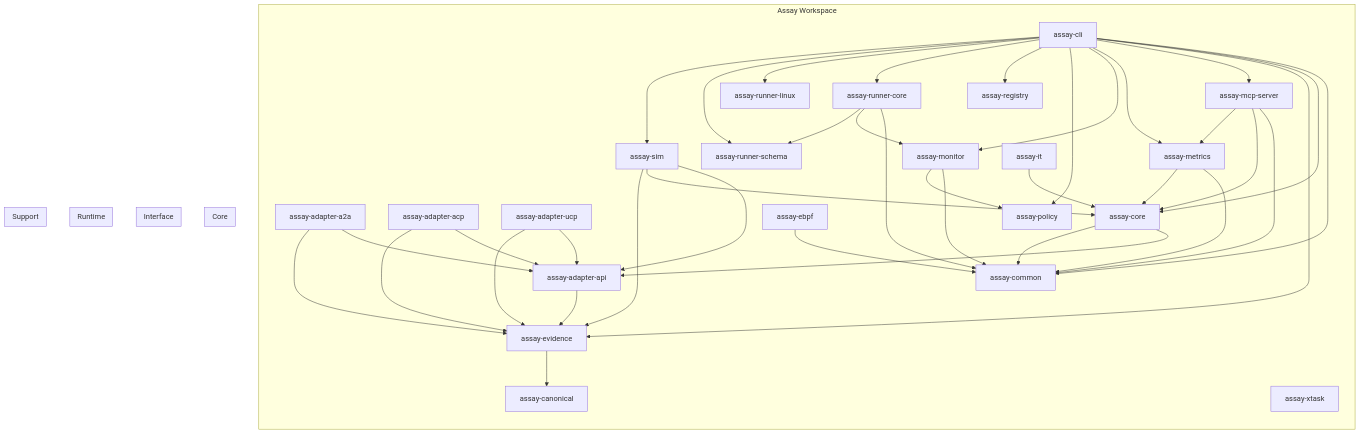
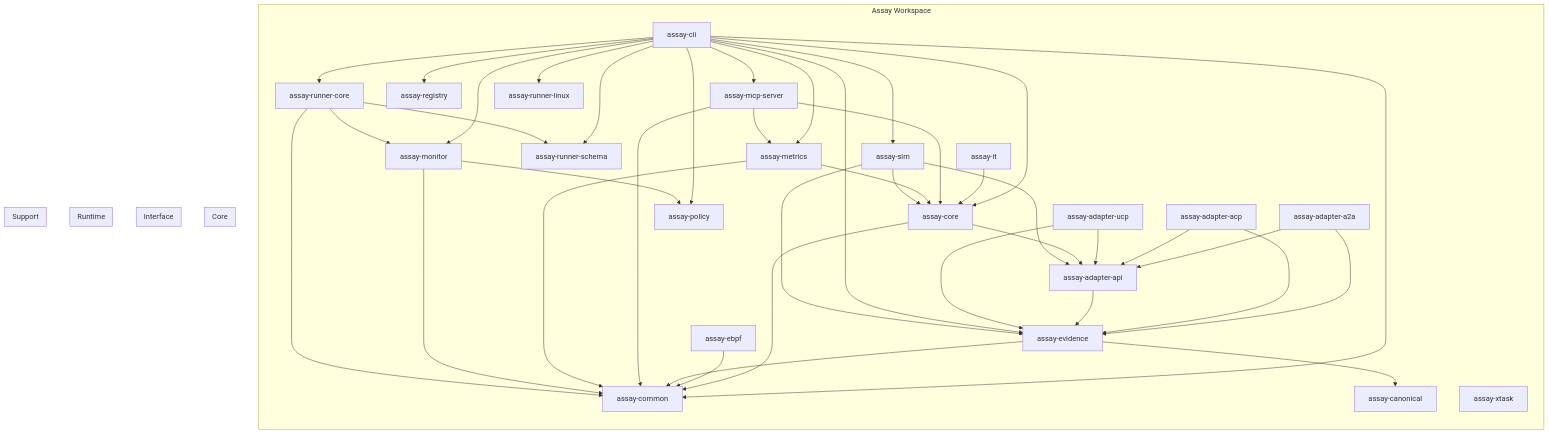
One commit to Rul1an/assay changed the diagram in docs/generated/crate-deps.mermaid. Above: the diagram before and after it, drawn with Mermaid. The commit also changed 1 other file, not shown here.

Commit message:
docs: auto-update diagrams and crate info

```diff
--- a/docs/generated/crate-deps.mermaid
+++ b/docs/generated/crate-deps.mermaid
@@ -1,88 +1,89 @@
 flowchart TB
     subgraph workspace["Assay Workspace"]
         direction TB
         assay_adapter_a2a["assay-adapter-a2a"]
         assay_adapter_acp["assay-adapter-acp"]
         assay_adapter_api["assay-adapter-api"]
         assay_adapter_ucp["assay-adapter-ucp"]
         assay_canonical["assay-canonical"]
         assay_cli["assay-cli"]
         assay_common["assay-common"]
         assay_core["assay-core"]
         assay_ebpf["assay-ebpf"]
         assay_evidence["assay-evidence"]
         assay_it["assay-it"]
         assay_mcp_server["assay-mcp-server"]
         assay_metrics["assay-metrics"]
         assay_monitor["assay-monitor"]
         assay_policy["assay-policy"]
         assay_registry["assay-registry"]
         assay_runner_core["assay-runner-core"]
         assay_runner_linux["assay-runner-linux"]
         assay_runner_schema["assay-runner-schema"]
         assay_sim["assay-sim"]
         assay_xtask["assay-xtask"]
     end
 
     assay_adapter_a2a --> assay_adapter_api
     assay_adapter_a2a --> assay_evidence
     assay_adapter_acp --> assay_adapter_api
     assay_adapter_acp --> assay_evidence
     assay_adapter_api --> assay_evidence
     assay_adapter_ucp --> assay_adapter_api
     assay_adapter_ucp --> assay_evidence
     assay_cli --> assay_common
     assay_cli --> assay_core
     assay_cli --> assay_evidence
     assay_cli --> assay_mcp_server
     assay_cli --> assay_metrics
     assay_cli --> assay_monitor
     assay_cli --> assay_policy
     assay_cli --> assay_registry
     assay_cli --> assay_runner_core
     assay_cli --> assay_runner_linux
     assay_cli --> assay_runner_schema
     assay_cli --> assay_sim
     assay_core --> assay_adapter_api
     assay_core --> assay_common
     assay_ebpf --> assay_common
     assay_evidence --> assay_canonical
+    assay_evidence --> assay_common
     assay_it --> assay_core
     assay_mcp_server --> assay_common
     assay_mcp_server --> assay_core
     assay_mcp_server --> assay_metrics
     assay_metrics --> assay_common
     assay_metrics --> assay_core
     assay_monitor --> assay_common
     assay_monitor --> assay_policy
     assay_runner_core --> assay_common
     assay_runner_core --> assay_monitor
     assay_runner_core --> assay_runner_schema
     assay_sim --> assay_adapter_api
     assay_sim --> assay_core
     assay_sim --> assay_evidence
 
     %% Logical groupings for readability
     subgraph core["Core"]
         assay_core
         assay_metrics
         assay_policy
         assay_evidence
         assay_common
     end
 
     subgraph interface["Interface"]
         assay_cli
         assay_mcp_server
     end
 
     subgraph runtime["Runtime"]
         assay_monitor
         assay_ebpf
     end
 
     subgraph support["Support"]
         assay_sim
         assay_xtask
         assay_registry
     end
```
